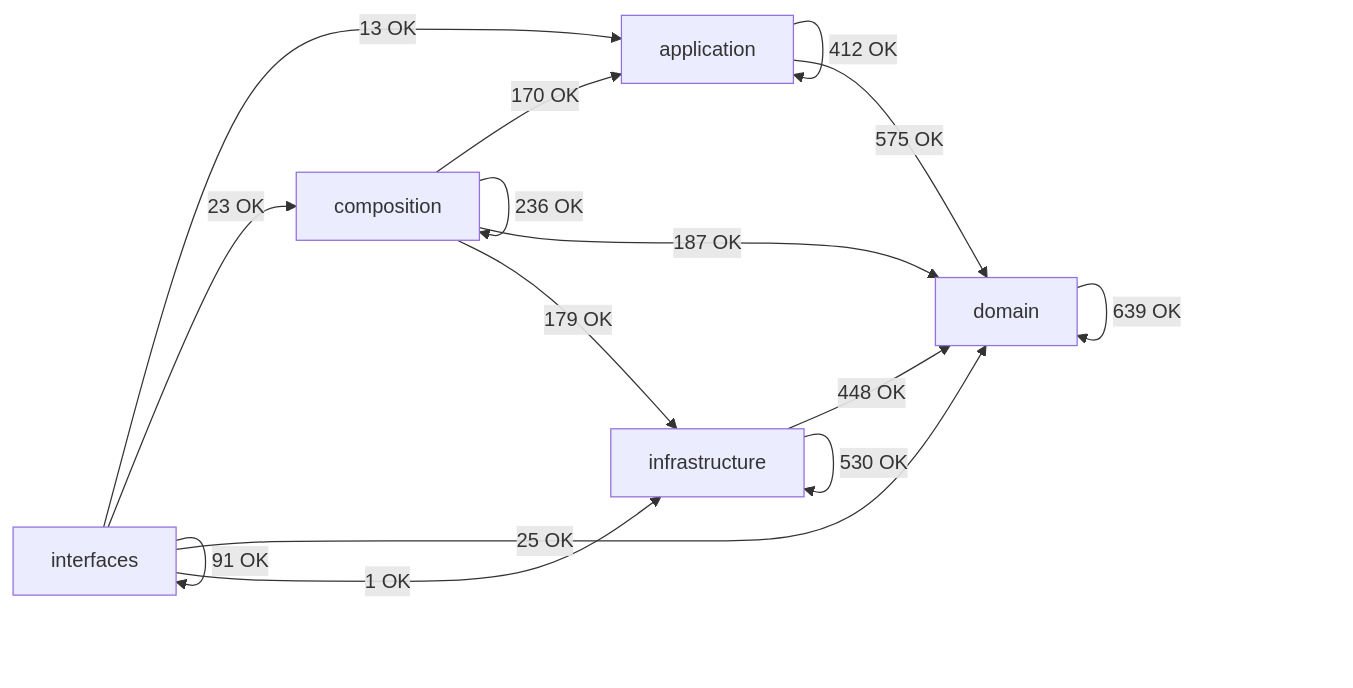
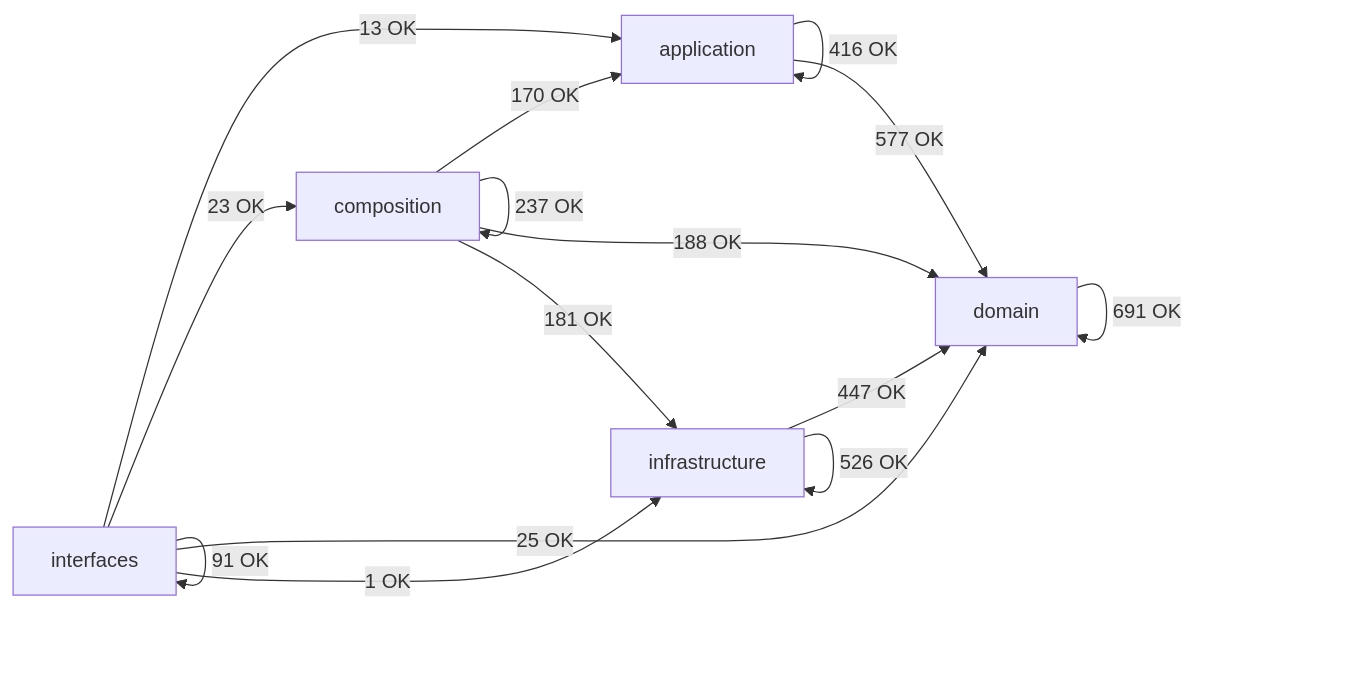
The diagram in docs/02-architecture/generated/module-dependency-map.md (SatoryKono/BioactivityDataAcquisition), drawn with Mermaid before and after one commit. The commit also changed other lines of this file and 96 other files, not shown here.

First line of the commit message:
refactor(metrics): reduce size and complexity of architecture metric exemptions configuration

````diff
--- a/docs/02-architecture/generated/module-dependency-map.md
+++ b/docs/02-architecture/generated/module-dependency-map.md
@@ -15,22 +15,22 @@
 ```mermaid
 flowchart LR
     domain[domain]
     application[application]
     infrastructure[infrastructure]
     composition[composition]
     interfaces[interfaces]
-    application -->|412 OK| application
-    application -->|575 OK| domain
+    application -->|416 OK| application
+    application -->|577 OK| domain
     composition -->|170 OK| application
-    composition -->|236 OK| composition
-    composition -->|187 OK| domain
-    composition -->|179 OK| infrastructure
-    domain -->|639 OK| domain
-    infrastructure -->|448 OK| domain
-    infrastructure -->|530 OK| infrastructure
+    composition -->|237 OK| composition
+    composition -->|188 OK| domain
+    composition -->|181 OK| infrastructure
+    domain -->|691 OK| domain
+    infrastructure -->|447 OK| domain
+    infrastructure -->|526 OK| infrastructure
     interfaces -->|13 OK| application
     interfaces -->|23 OK| composition
     interfaces -->|25 OK| domain
     interfaces -->|1 OK| infrastructure
     interfaces -->|91 OK| interfaces
 ```
````
